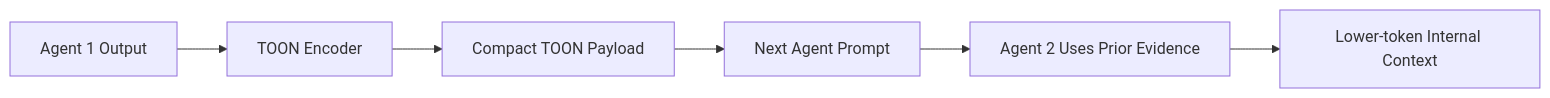
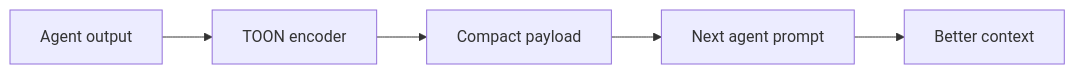
The fifth of 10 diagrams in docs/diagrams.md (Hassaan146/agentic-ai-workflow), drawn with Mermaid before and after one commit. The commit also changed other lines of this file, not shown here.

Commit message:
Make diagrams PDF export friendly

````diff
--- a/docs/diagrams.md
+++ b/docs/diagrams.md
@@ -73,8 +83,7 @@
 ```mermaid
 flowchart LR
-    A["Agent 1 Output"] --> B["TOON Encoder"]
-    B --> C["Compact TOON Payload"]
-    C --> D["Next Agent Prompt"]
-    D --> E["Agent 2 Uses Prior Evidence"]
-    E --> F["Lower-token Internal Context"]
+    A["Agent output"] --> B["TOON encoder"]
+    B --> C["Compact payload"]
+    C --> D["Next agent prompt"]
+    D --> E["Better context"]
 ```
````
